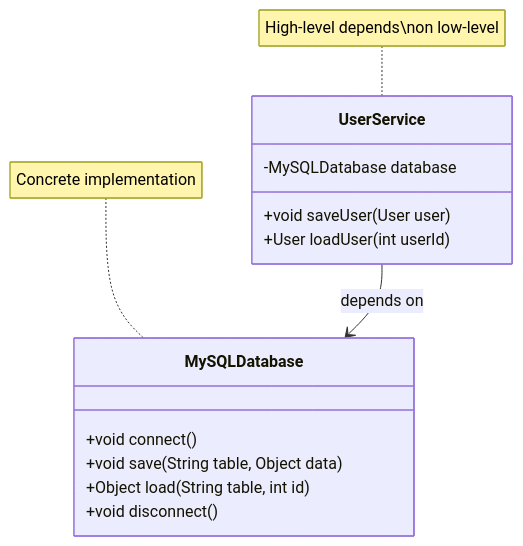
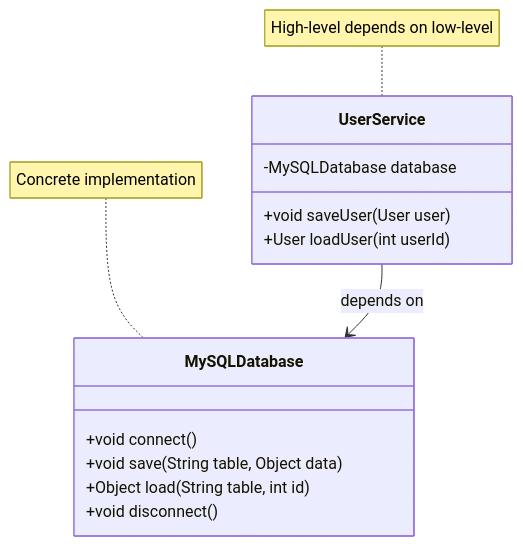
Before and after one commit to TroelsMortensen/Codelabs2: the diagram in Articles/SDT/Design Principles/SOLID/016 Dependency Inversion Principle - Violations.md, drawn with Mermaid. The commit also changed other lines of this file and 10 other files, not shown here.

````diff
--- a/Articles/SDT/Design Principles/SOLID/016 Dependency Inversion Principle - Violations.md
+++ b/Articles/SDT/Design Principles/SOLID/016 Dependency Inversion Principle - Violations.md
@@ -62,20 +62,20 @@
 ```mermaid
 classDiagram
     class UserService {
         -MySQLDatabase database
         +void saveUser(User user)
         +User loadUser(int userId)
     }
     
     class MySQLDatabase {
         +void connect()
         +void save(String table, Object data)
         +Object load(String table, int id)
         +void disconnect()
     }
     
     UserService --> MySQLDatabase : depends on
     
-    note for UserService "High-level depends\non low-level"
+    note for UserService "High-level depends on low-level"
     note for MySQLDatabase "Concrete implementation"
 ```
````
